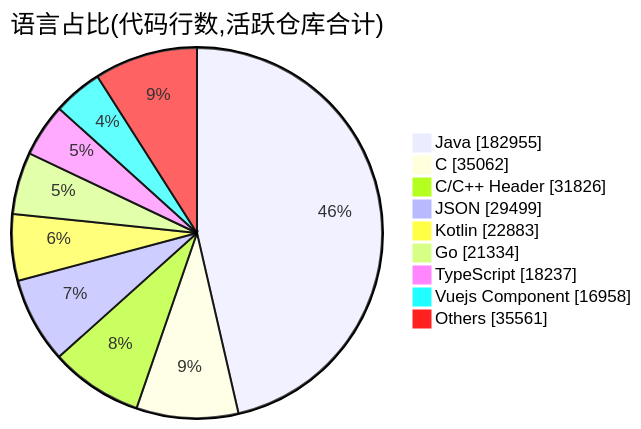
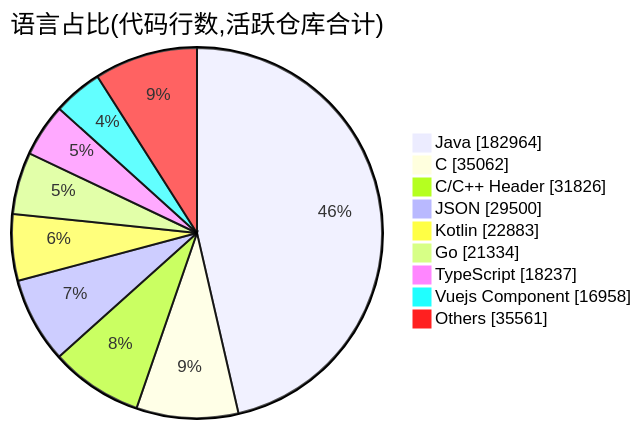
One commit to Conflux-Union/.github changed the second of 2 diagrams in profile/README.md. Above: the diagram before and after it, drawn with Mermaid. The commit also changed other lines of this file and 1 other file, not shown here.

````diff
--- a/profile/README.md
+++ b/profile/README.md
@@ -80,13 +81,13 @@
 ```mermaid
 pie showData
     title 语言占比(代码行数,活跃仓库合计)
-    "Java" : 182955
+    "Java" : 182964
     "C" : 35062
     "C/C++ Header" : 31826
-    "JSON" : 29499
+    "JSON" : 29500
     "Kotlin" : 22883
     "Go" : 21334
     "TypeScript" : 18237
     "Vuejs Component" : 16958
     "Others" : 35561
 ```
````
